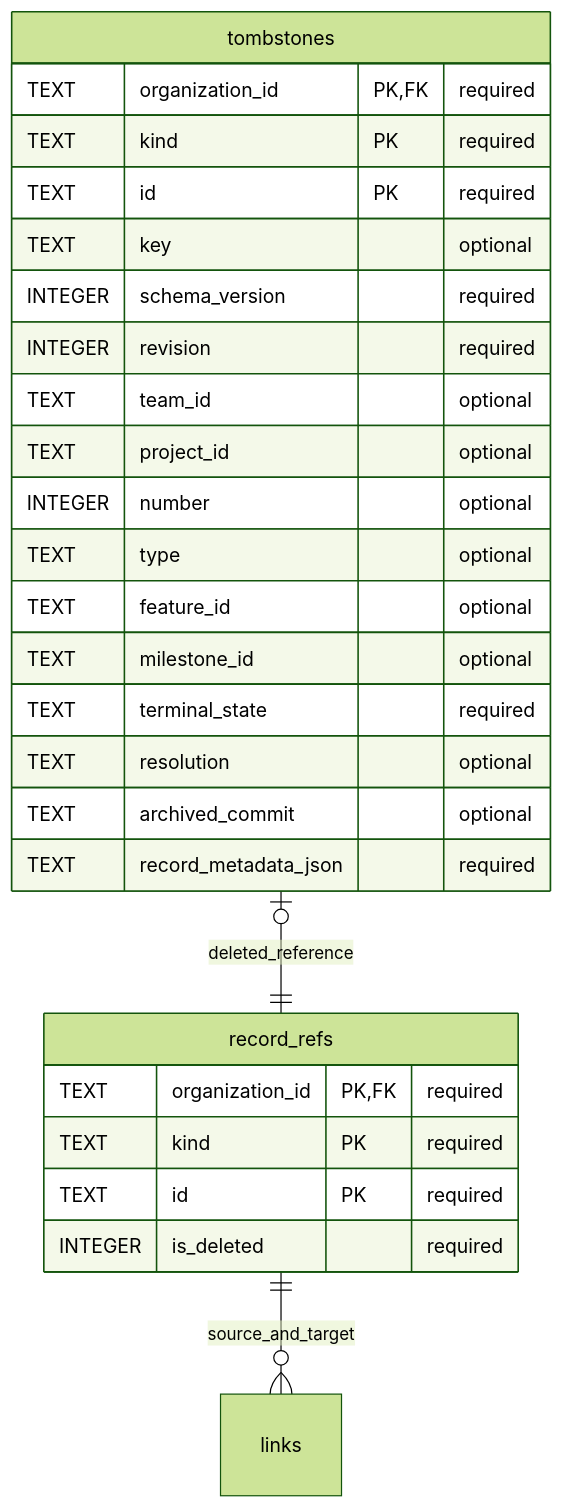
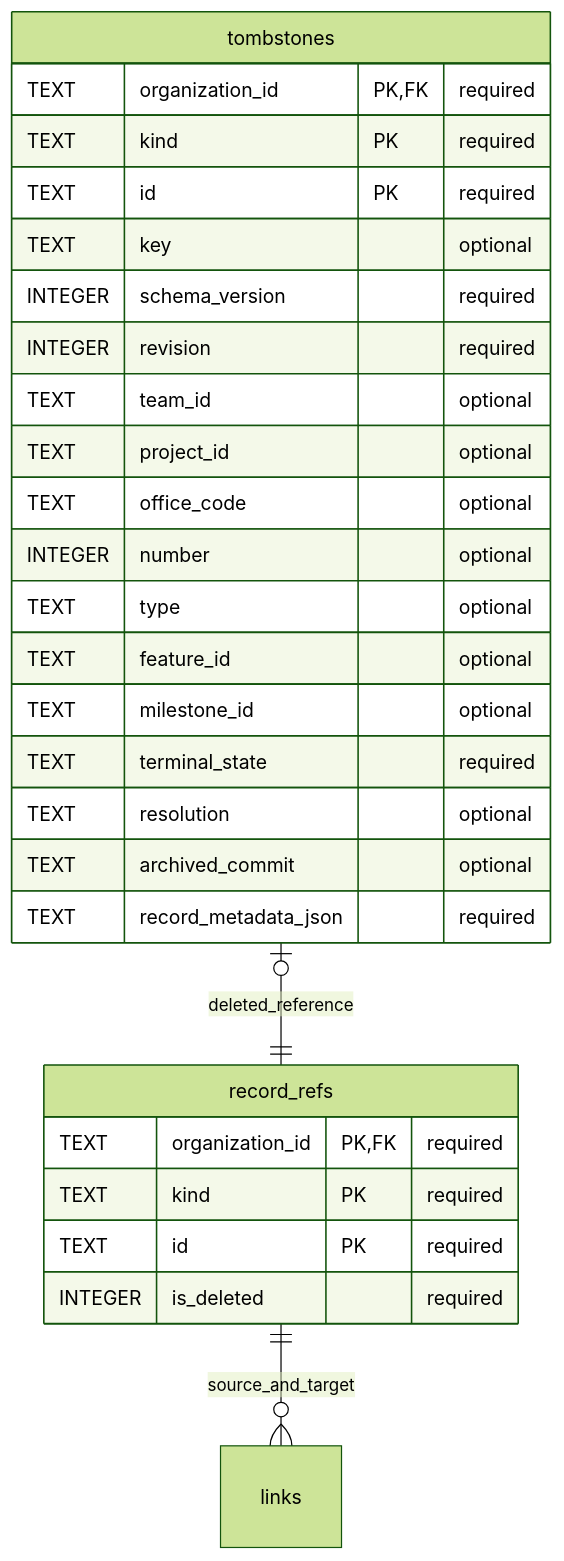
One commit to vgmello/agentic-org changed the second of 3 diagrams in docs/design/organization-data/03-features-and-work.md. Above: the diagram before and after it, drawn with Mermaid (forest theme). The commit also changed other lines of this file and 7 other files, not shown here.

````diff
--- a/docs/design/organization-data/03-features-and-work.md
+++ b/docs/design/organization-data/03-features-and-work.md
@@ -207,29 +207,30 @@
 ```mermaid
 erDiagram
     record_refs ||--o{ links : source_and_target
     tombstones o|--|| record_refs : deleted_reference
     record_refs {
         TEXT organization_id PK, FK "required"
         TEXT kind PK "required"
         TEXT id PK "required"
         INTEGER is_deleted "required"
     }
     tombstones {
         TEXT organization_id PK, FK "required"
         TEXT kind PK "required"
         TEXT id PK "required"
         TEXT key "optional"
         INTEGER schema_version "required"
         INTEGER revision "required"
         TEXT team_id "optional"
         TEXT project_id "optional"
+        TEXT office_code "optional"
         INTEGER number "optional"
         TEXT type "optional"
         TEXT feature_id "optional"
         TEXT milestone_id "optional"
         TEXT terminal_state "required"
         TEXT resolution "optional"
         TEXT archived_commit "optional"
         TEXT record_metadata_json "required"
     }
 ```
````
